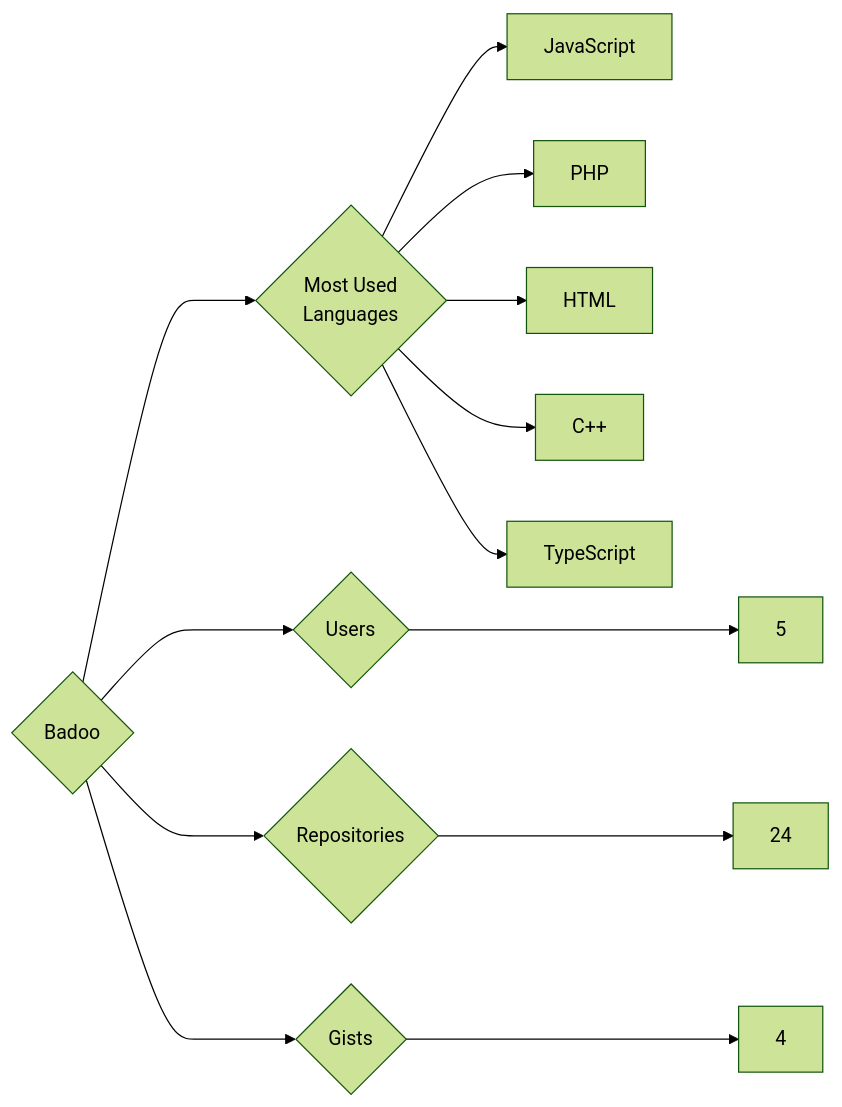
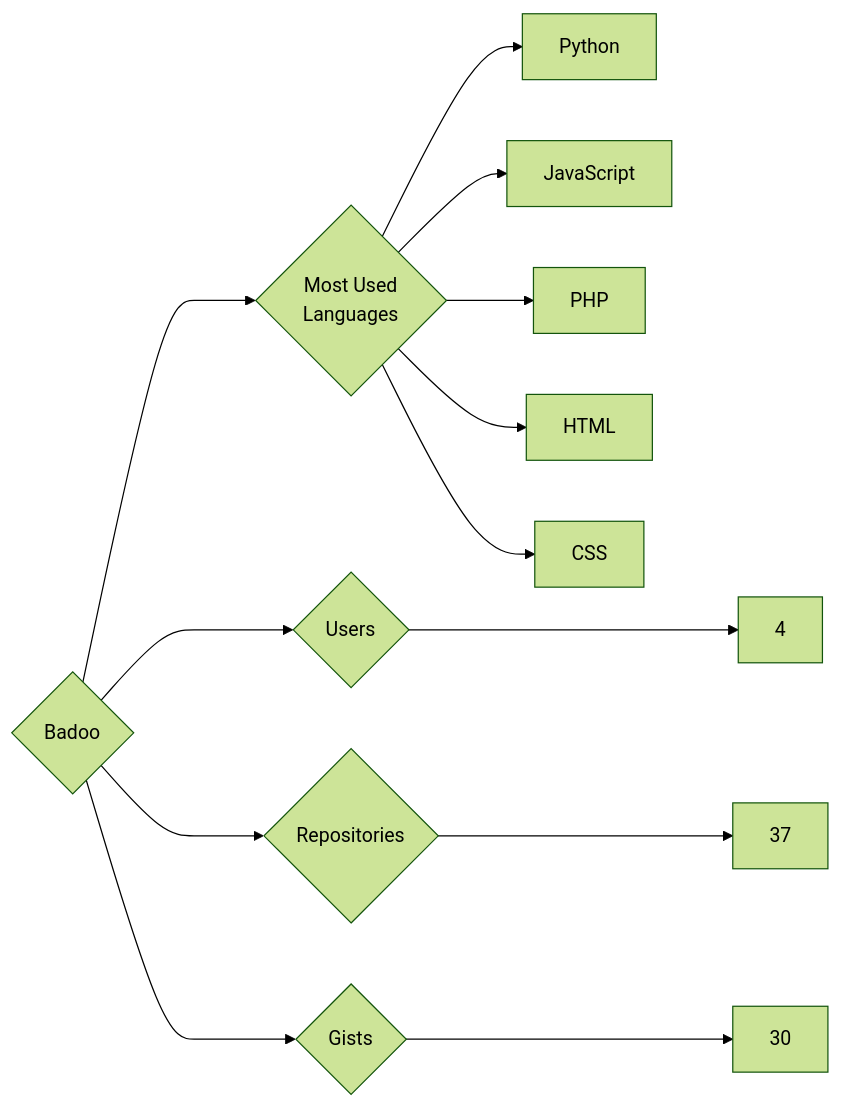
One commit to trickest/insiders changed the diagram in targets/Badoo/README.md. Above: the diagram before and after it, drawn with Mermaid (forest theme). The commit also changed 912 other files, not shown here.

````diff
--- a/targets/Badoo/README.md
+++ b/targets/Badoo/README.md
@@ -3,13 +3,13 @@
 ```mermaid
 graph LR
 COMPANY_NAME{Badoo}
-COMPANY_NAME ---> U{Users} ---> UN[5]
-COMPANY_NAME ---> R{Repositories} ---> RN[24]
-COMPANY_NAME ---> G{Gists} ---> GN[4]
+COMPANY_NAME ---> U{Users} ---> UN[4]
+COMPANY_NAME ---> R{Repositories} ---> RN[37]
+COMPANY_NAME ---> G{Gists} ---> GN[30]
 COMPANY_NAME ---> ML{Most Used<br>Languages}
+ML --> Python[Python]
 ML --> JavaScript[JavaScript]
 ML --> PHP[PHP]
 ML --> HTML[HTML]
-ML --> C++[C++]
-ML --> TypeScript[TypeScript]
+ML --> CSS[CSS]
 ```
````
